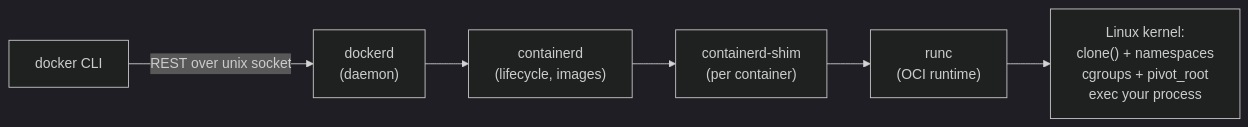
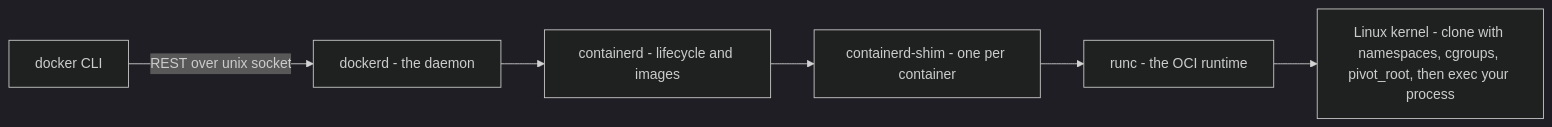
The first of 2 diagrams in notes/advanced-interview/docker-caprover-internals.md (starjustice/research-material), drawn with Mermaid (dark theme) before and after one commit. The commit also changed other lines of this file and 7 other files, not shown here.

First line of the commit message:
Fix links and docs after moving advanced notes; rewrite Mermaid diagrams

````diff
--- a/notes/advanced-interview/docker-caprover-internals.md
+++ b/notes/advanced-interview/docker-caprover-internals.md
@@ -156,8 +156,8 @@
 ```mermaid
-flowchart LR
-    CLI["docker CLI"] -->|REST over unix socket| D["dockerd<br/>(daemon)"]
-    D --> C["containerd<br/>(lifecycle, images)"]
-    C --> S["containerd-shim<br/>(per container)"]
-    S --> R["runc<br/>(OCI runtime)"]
-    R --> K["Linux kernel:<br/>clone() + namespaces<br/>cgroups + pivot_root<br/>exec your process"]
+graph LR
+    CLI["docker CLI"] -->|REST over unix socket| D["dockerd - the daemon"]
+    D --> C["containerd - lifecycle and images"]
+    C --> S["containerd-shim - one per container"]
+    S --> R["runc - the OCI runtime"]
+    R --> K["Linux kernel - clone with namespaces, cgroups, pivot_root, then exec your process"]
 ```
````
